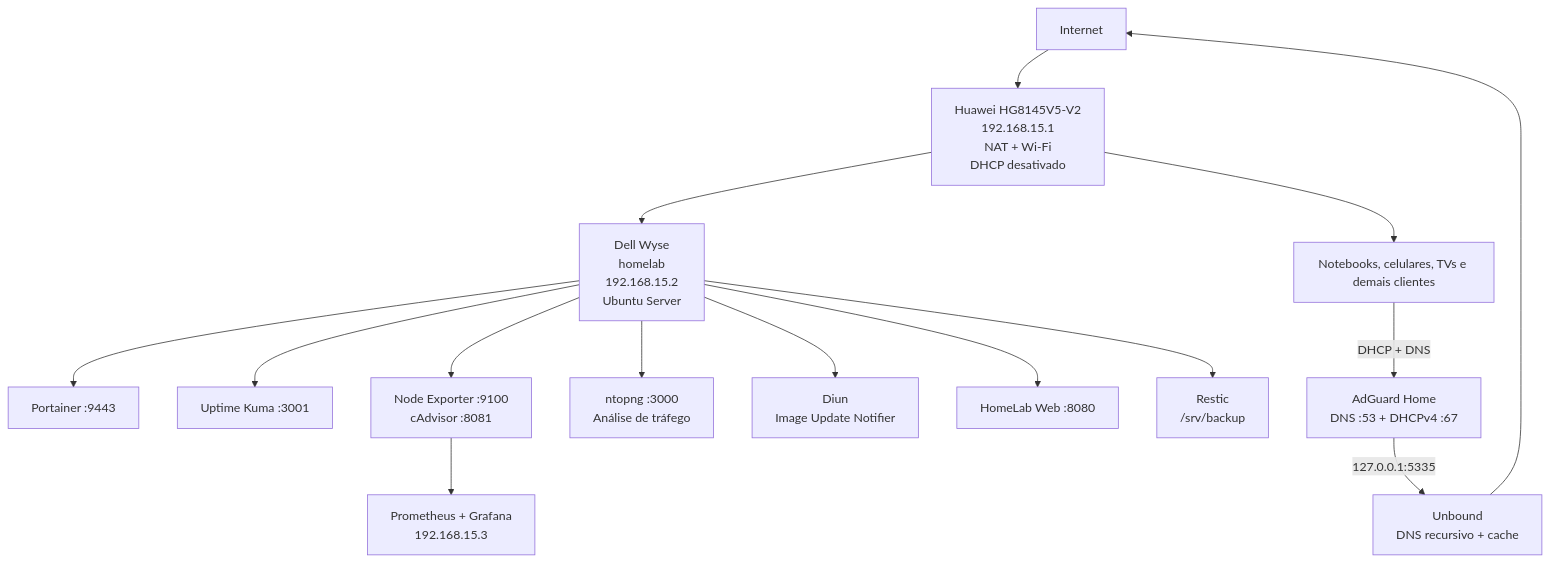
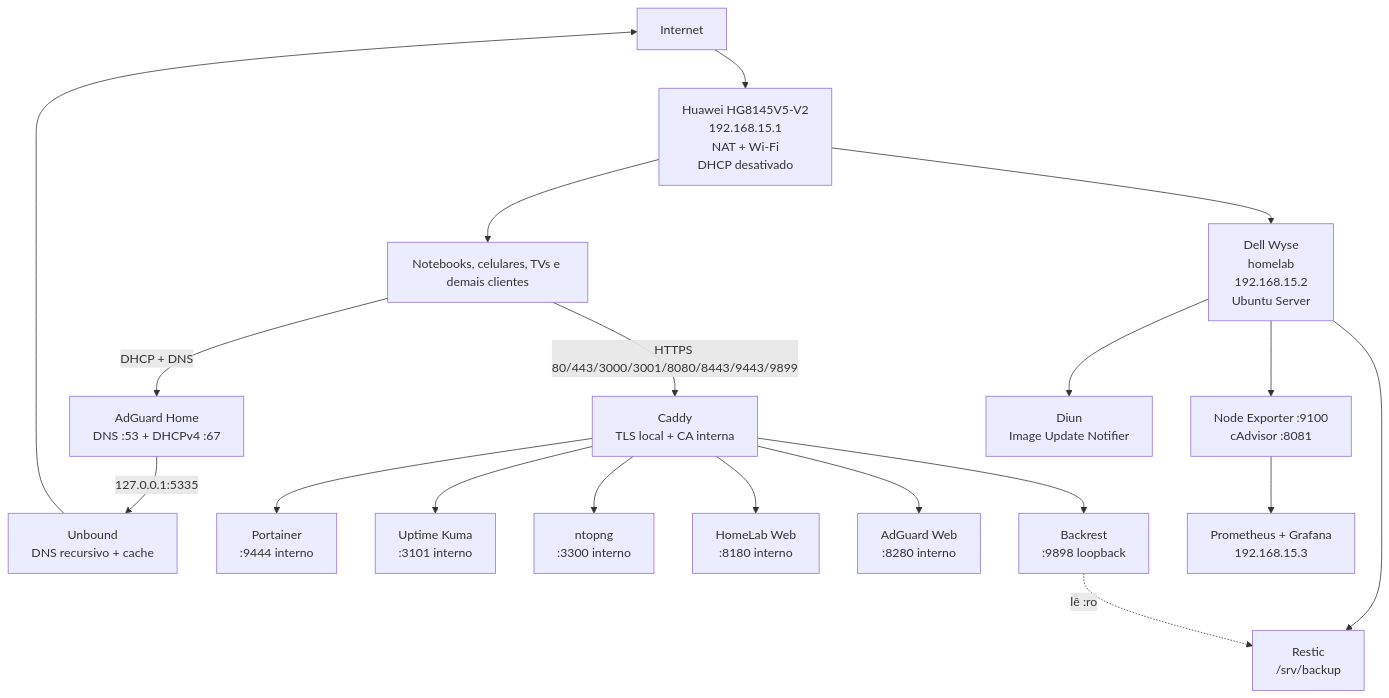
One commit to leonardodebs/homelab-infrastructure-server changed the diagram in docs/00-Arquitetura.md. Above: the diagram before and after it, drawn with Mermaid. The commit also changed other lines of this file and 18 other files, not shown here.

First line of the commit message:
docs: revisao completa dos .md apos Caddy/Backrest/migracao de IP

````diff
--- a/docs/00-Arquitetura.md
+++ b/docs/00-Arquitetura.md
@@ -37,17 +39,21 @@
 ```mermaid
 flowchart TD
     Internet --> Huawei[Huawei HG8145V5-V2\n192.168.15.1\nNAT + Wi-Fi\nDHCP desativado]
     Huawei --> Wyse[Dell Wyse\nhomelab\n192.168.15.2\nUbuntu Server]
     Huawei --> Clientes[Notebooks, celulares, TVs e demais clientes]
     Clientes -->|DHCP + DNS| AdGuard[AdGuard Home\nDNS :53 + DHCPv4 :67]
     AdGuard -->|127.0.0.1:5335| Unbound[Unbound\nDNS recursivo + cache]
     Unbound --> Internet
-    Wyse --> Portainer[Portainer :9443]
-    Wyse --> Kuma[Uptime Kuma :3001]
+    Clientes -->|HTTPS 80/443/3000/3001/8080/8443/9443/9899| Caddy[Caddy\nTLS local + CA interna]
+    Caddy --> Portainer[Portainer\n:9444 interno]
+    Caddy --> Kuma[Uptime Kuma\n:3101 interno]
+    Caddy --> Ntop[ntopng\n:3300 interno]
+    Caddy --> Portal[HomeLab Web\n:8180 interno]
+    Caddy --> AGHWeb[AdGuard Web\n:8280 interno]
+    Caddy --> Backrest[Backrest\n:9898 loopback]
     Wyse --> Exporters[Node Exporter :9100\ncAdvisor :8081]
     Exporters --> Grafana[Prometheus + Grafana\n192.168.15.3]
-    Wyse --> Ntop[ntopng :3000\nAnálise de tráfego]
     Wyse --> Diun[Diun\nImage Update Notifier]
-    Wyse --> Portal[HomeLab Web :8080]
     Wyse --> Backup[Restic\n/srv/backup]
+    Backrest -. lê :ro .-> Backup
 ```
````
